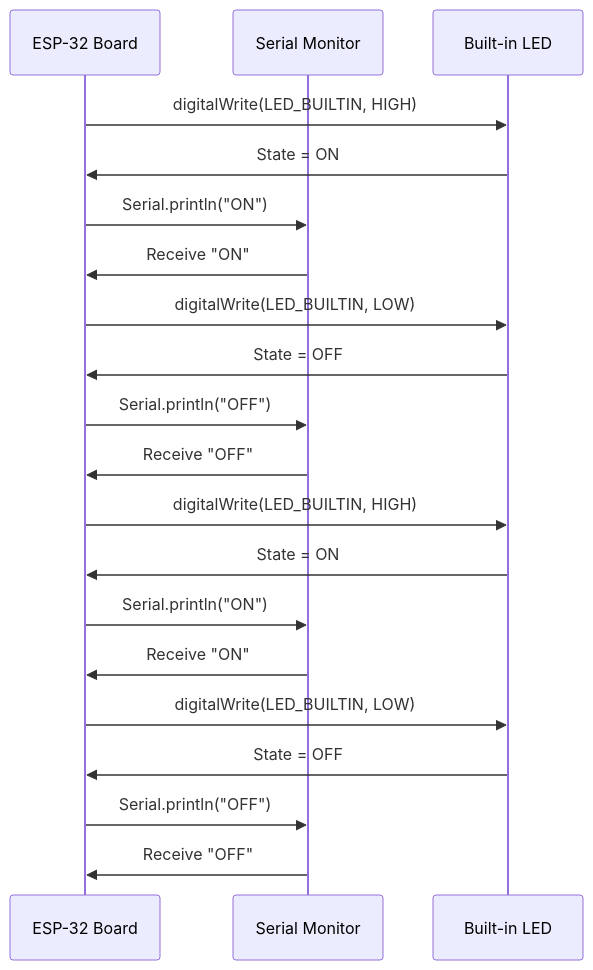
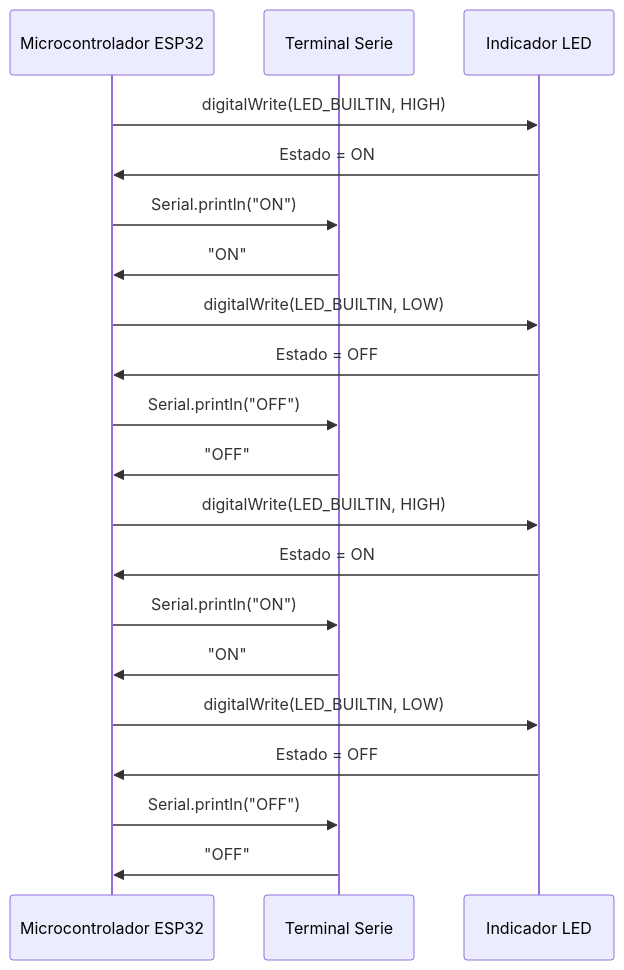
One commit to DanielMorera23/P1 changed the fourth of 4 diagrams in README.md. Above: the diagram before and after it, drawn with Mermaid. The commit also changed other lines of this file, not shown here.

````diff
--- a/README.md
+++ b/README.md
@@ -223,22 +226,22 @@
 ```mermaid
 sequenceDiagram
-   participant Arduino as ESP-32 Board
-   participant Serial as Serial Monitor
-   participant LED as Built-in LED
-   Arduino->>LED: digitalWrite(LED_BUILTIN, HIGH)
-   LED->>Arduino: State = ON
-   Arduino->>Serial: Serial.println("ON")
-   Serial->>Arduino: Receive "ON"
-   Arduino->>LED: digitalWrite(LED_BUILTIN, LOW)
-   LED->>Arduino: State = OFF
-   Arduino->>Serial: Serial.println("OFF")
-   Serial->>Arduino: Receive "OFF"
-   Arduino->>LED: digitalWrite(LED_BUILTIN, HIGH)
-   LED->>Arduino: State = ON
-   Arduino->>Serial: Serial.println("ON")
-   Serial->>Arduino: Receive "ON"
-   Arduino->>LED: digitalWrite(LED_BUILTIN, LOW)
-   LED->>Arduino: State = OFF
-   Arduino->>Serial: Serial.println("OFF")
-   Serial->>Arduino: Receive "OFF"
+   participant ESP32 as Microcontrolador ESP32
+   participant Serie as Terminal Serie
+   participant LED as Indicador LED
+   ESP32->>LED: digitalWrite(LED_BUILTIN, HIGH)
+   LED->>ESP32: Estado = ON
+   ESP32->>Serie: Serial.println("ON")
+   Serie->>ESP32: "ON"
+   ESP32->>LED: digitalWrite(LED_BUILTIN, LOW)
+   LED->>ESP32: Estado = OFF
+   ESP32->>Serie: Serial.println("OFF")
+   Serie->>ESP32: "OFF"
+   ESP32->>LED: digitalWrite(LED_BUILTIN, HIGH)
+   LED->>ESP32: Estado = ON
+   ESP32->>Serie: Serial.println("ON")
+   Serie->>ESP32: "ON"
+   ESP32->>LED: digitalWrite(LED_BUILTIN, LOW)
+   LED->>ESP32: Estado = OFF
+   ESP32->>Serie: Serial.println("OFF")
+   Serie->>ESP32: "OFF"
 ```
````
